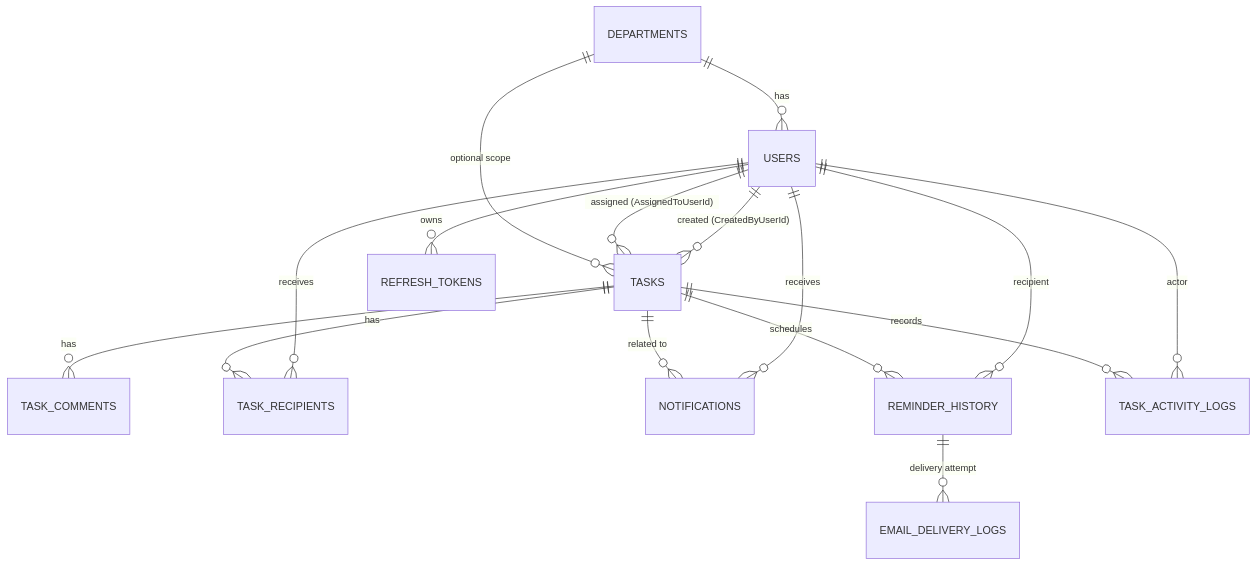
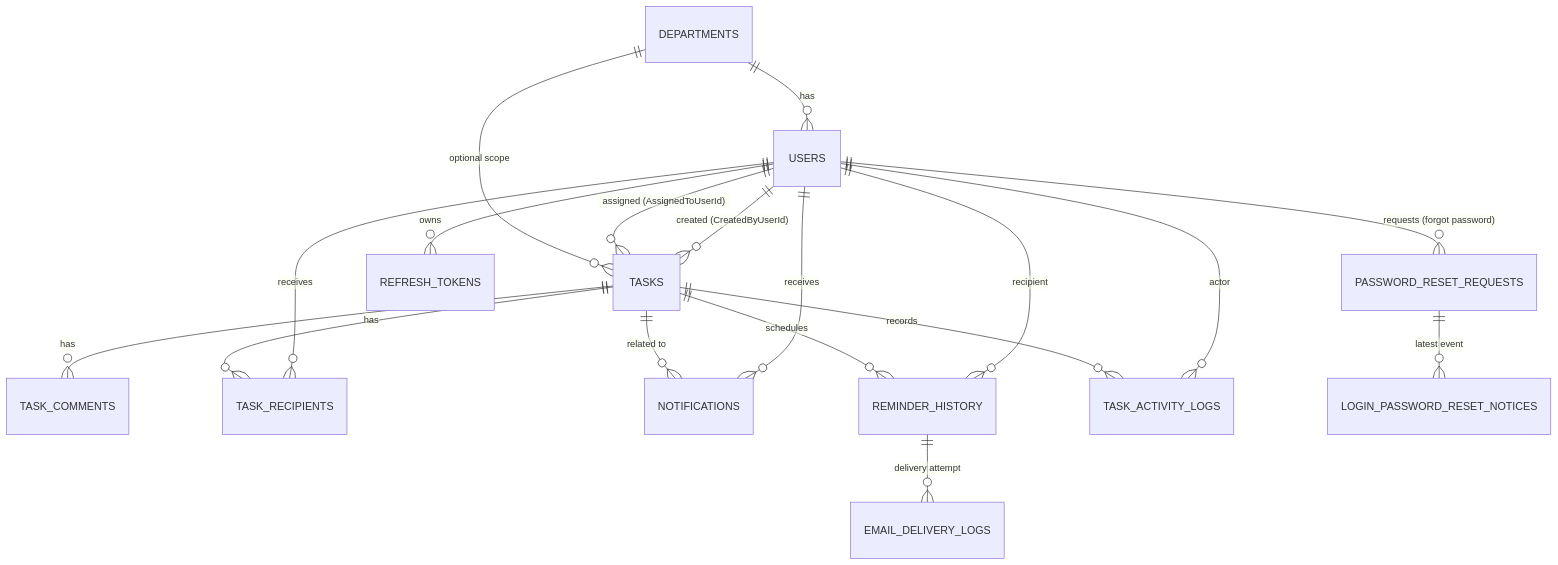
Before and after one commit to jojogeorge3344/TaskFlow-Project: the diagram in Artifacts/TDD-TaskFlow.md, drawn with Mermaid. The commit also changed other lines of this file and 120 other files, not shown here.

First line of the commit message:
chore: checkpoint forgot-password-reset work before admin-approved-reset-code

````diff
--- a/Artifacts/TDD-TaskFlow.md
+++ b/Artifacts/TDD-TaskFlow.md
@@ -271,18 +271,20 @@
 ```mermaid
 erDiagram
     DEPARTMENTS ||--o{ USERS : has
     DEPARTMENTS ||--o{ TASKS : "optional scope"
     USERS ||--o{ TASKS : "assigned (AssignedToUserId)"
     USERS ||--o{ TASKS : "created (CreatedByUserId)"
     TASKS ||--o{ TASK_COMMENTS : has
     TASKS ||--o{ TASK_RECIPIENTS : has
     USERS ||--o{ TASK_RECIPIENTS : receives
     TASKS ||--o{ NOTIFICATIONS : "related to"
     USERS ||--o{ NOTIFICATIONS : receives
     TASKS ||--o{ REMINDER_HISTORY : schedules
     USERS ||--o{ REMINDER_HISTORY : "recipient"
     REMINDER_HISTORY ||--o{ EMAIL_DELIVERY_LOGS : "delivery attempt"
     TASKS ||--o{ TASK_ACTIVITY_LOGS : records
     USERS ||--o{ TASK_ACTIVITY_LOGS : "actor"
     USERS ||--o{ REFRESH_TOKENS : owns
+    USERS ||--o{ PASSWORD_RESET_REQUESTS : "requests (forgot password)"
+    PASSWORD_RESET_REQUESTS ||--o{ LOGIN_PASSWORD_RESET_NOTICES : "latest event"
 ```
````
